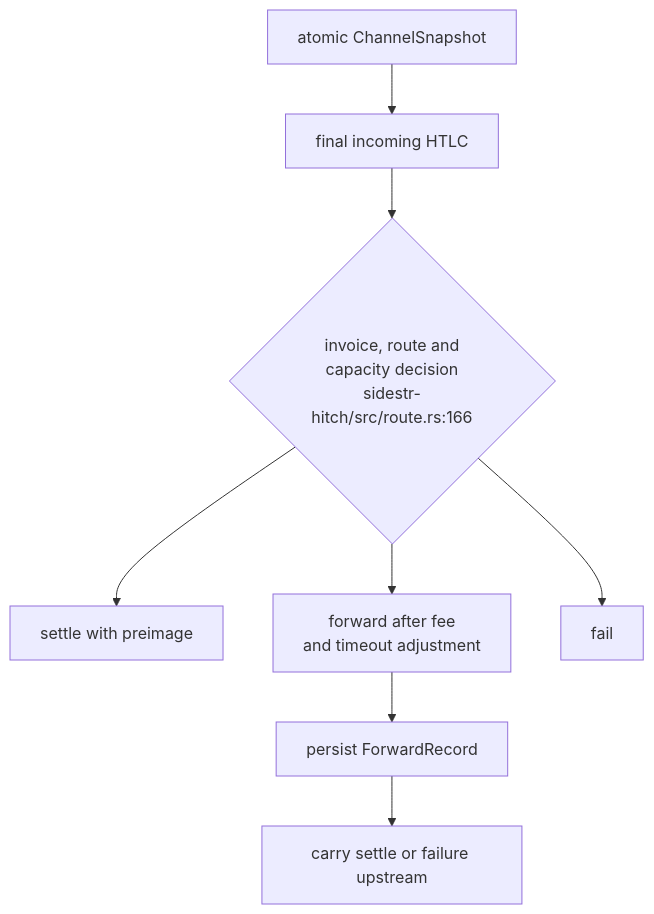
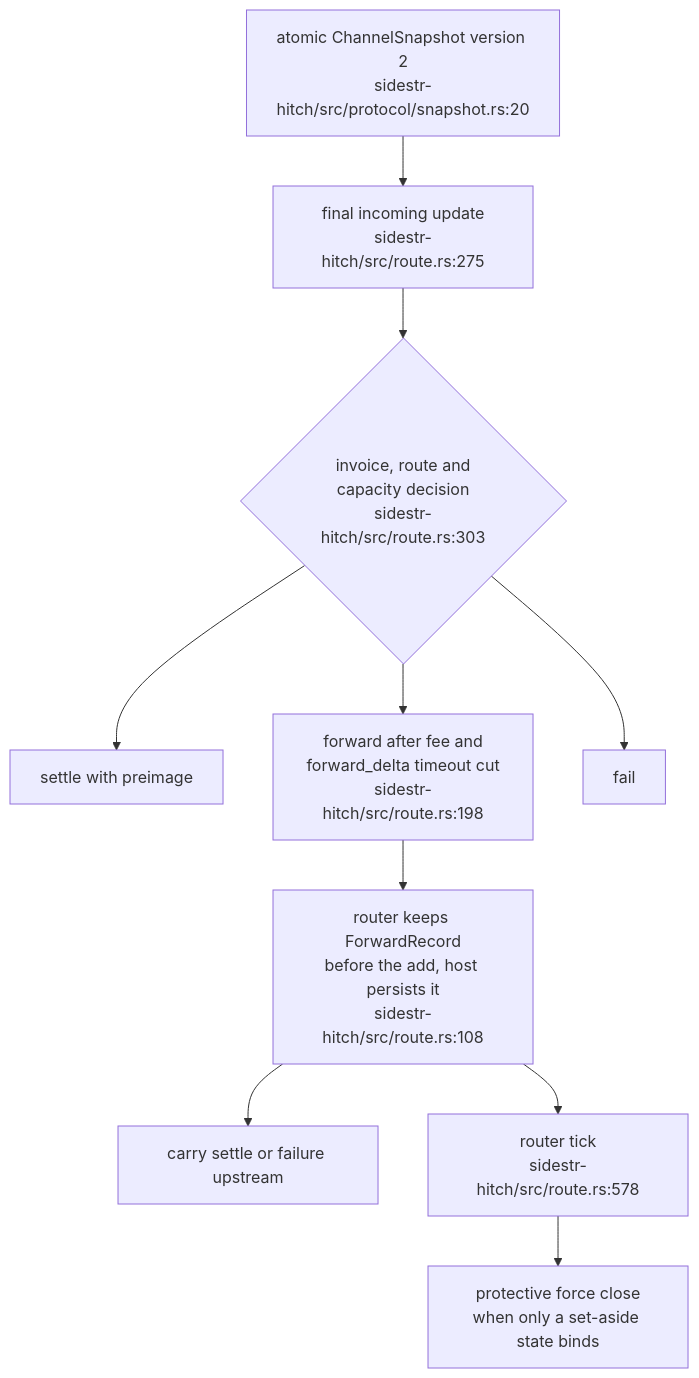
Before and after one commit to DreamLab-AI/VisionFlow: the third of 5 diagrams in docs/diagrams/sidestr-rs/04-hitch-channel-kernel-and-host-gap.md, drawn with Mermaid. The commit also changed other lines of this file and 94 other files, not shown here.

First line of the commit message:
docs(diagrams): re-verify 130 topics against 2 October HEADs

````diff
--- a/docs/diagrams/sidestr-rs/04-hitch-channel-kernel-and-host-gap.md
+++ b/docs/diagrams/sidestr-rs/04-hitch-channel-kernel-and-host-gap.md
@@ -71,10 +82,12 @@
 ```mermaid
 flowchart TB
-    FINAL["final incoming HTLC"] --> DECIDE{"invoice, route and<br/>capacity decision<br/>sidestr-hitch/src/route.rs:166"}
+    FINAL["final incoming update<br/>sidestr-hitch/src/route.rs:275"] --> DECIDE{"invoice, route and<br/>capacity decision<br/>sidestr-hitch/src/route.rs:303"}
     DECIDE --> SETTLE["settle with preimage"]
-    DECIDE --> FORWARD["forward after fee<br/>and timeout adjustment"]
+    DECIDE --> FORWARD["forward after fee and<br/>forward_delta timeout cut<br/>sidestr-hitch/src/route.rs:198"]
     DECIDE --> FAIL["fail"]
-    FORWARD --> FR["persist ForwardRecord"]
+    FORWARD --> FR["router keeps ForwardRecord<br/>before the add, host persists it<br/>sidestr-hitch/src/route.rs:108"]
     FR --> RETURN["carry settle or failure upstream"]
-    SNAP["atomic ChannelSnapshot"] --> FINAL
+    TICK["router tick<br/>sidestr-hitch/src/route.rs:578"] --> PROT["protective force close<br/>when only a set-aside state binds"]
+    FR --> TICK
+    SNAP["atomic ChannelSnapshot version 2<br/>sidestr-hitch/src/protocol/snapshot.rs:20"] --> FINAL
 ```
````
